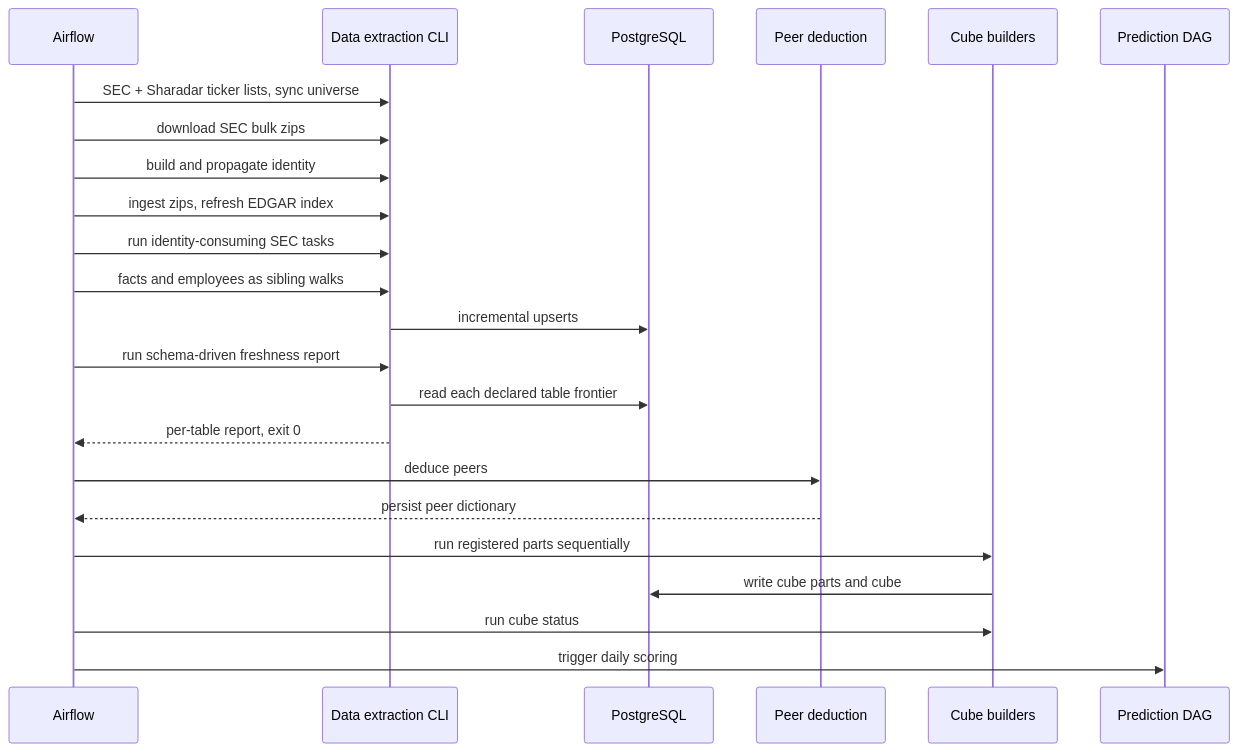
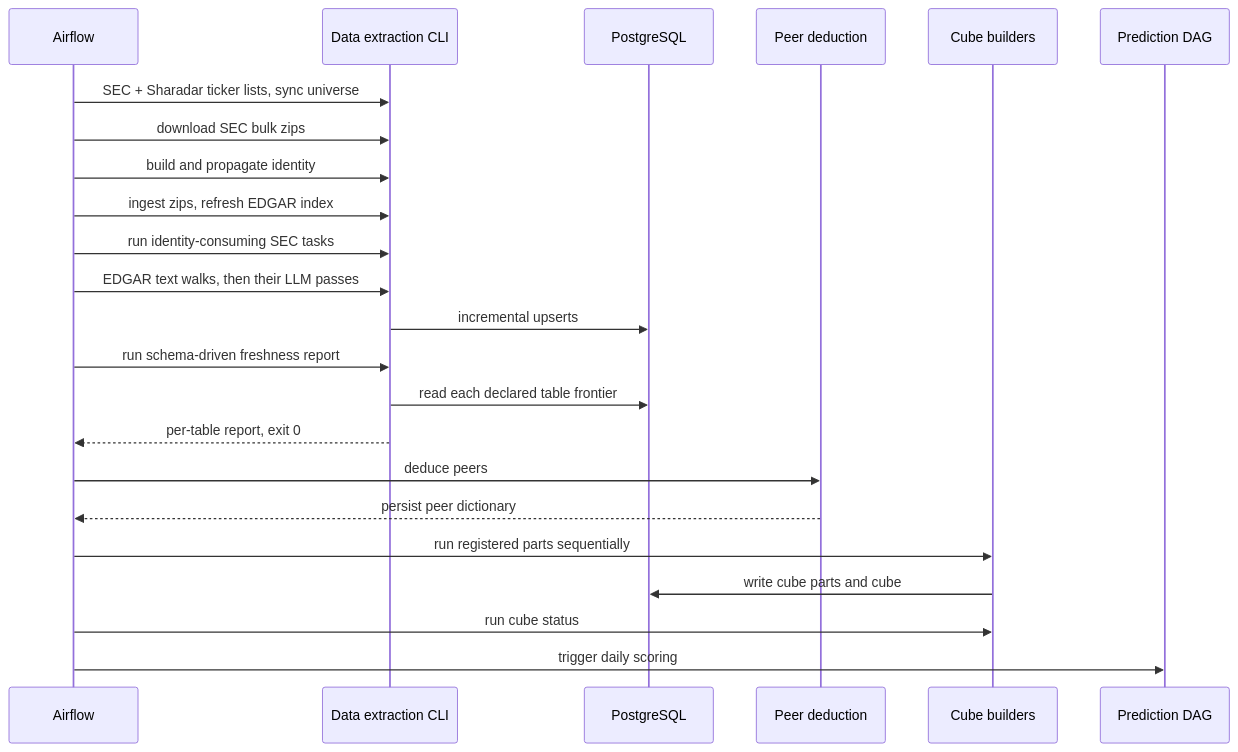
Before and after one commit to alexandredelarrard/PEA: the diagram in wiki/flows/nightly-data-refresh.md, drawn with Mermaid. The commit also changed other lines of this file and 14 other files, not shown here.

Commit message:
docs(edgar-text): P8b wiki, TODO and AGENTS sync

```diff
--- a/wiki/flows/nightly-data-refresh.md
+++ b/wiki/flows/nightly-data-refresh.md
@@ -21,25 +21,25 @@
 ~~~mermaid
 sequenceDiagram
   participant Airflow
   participant Extract as Data extraction CLI
   participant Store as PostgreSQL
   participant Peers as Peer deduction
   participant Cube as Cube builders
   participant Predict as Prediction DAG
   Airflow->>Extract: SEC + Sharadar ticker lists, sync universe
   Airflow->>Extract: download SEC bulk zips
   Airflow->>Extract: build and propagate identity
   Airflow->>Extract: ingest zips, refresh EDGAR index
   Airflow->>Extract: run identity-consuming SEC tasks
-  Airflow->>Extract: facts and employees as sibling walks
+  Airflow->>Extract: EDGAR text walks, then their LLM passes
   Extract->>Store: incremental upserts
   Airflow->>Extract: run schema-driven freshness report
   Extract->>Store: read each declared table frontier
   Extract-->>Airflow: per-table report, exit 0
   Airflow->>Peers: deduce peers
   Peers-->>Airflow: persist peer dictionary
   Airflow->>Cube: run registered parts sequentially
   Cube->>Store: write cube parts and cube
   Airflow->>Cube: run cube status
   Airflow->>Predict: trigger daily scoring
 ~~~
```
